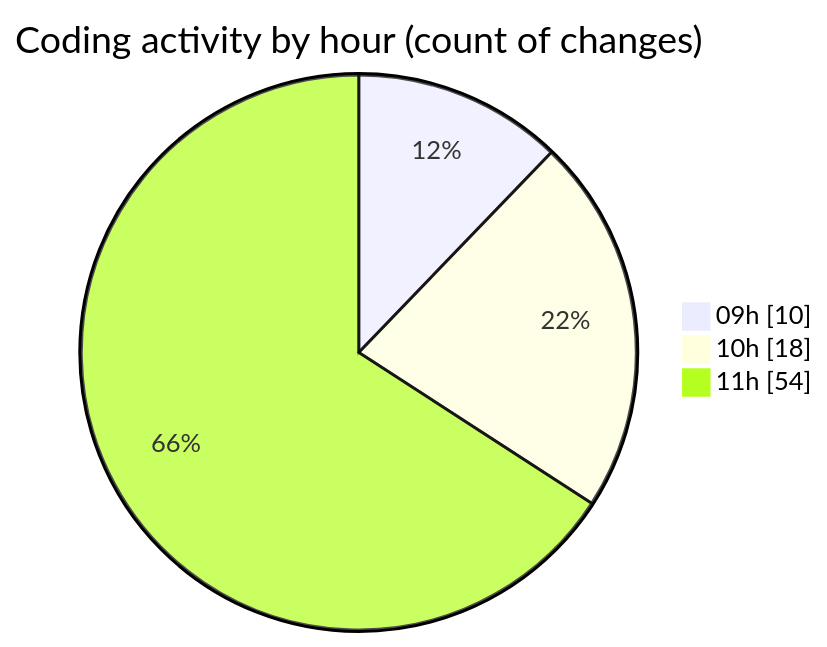
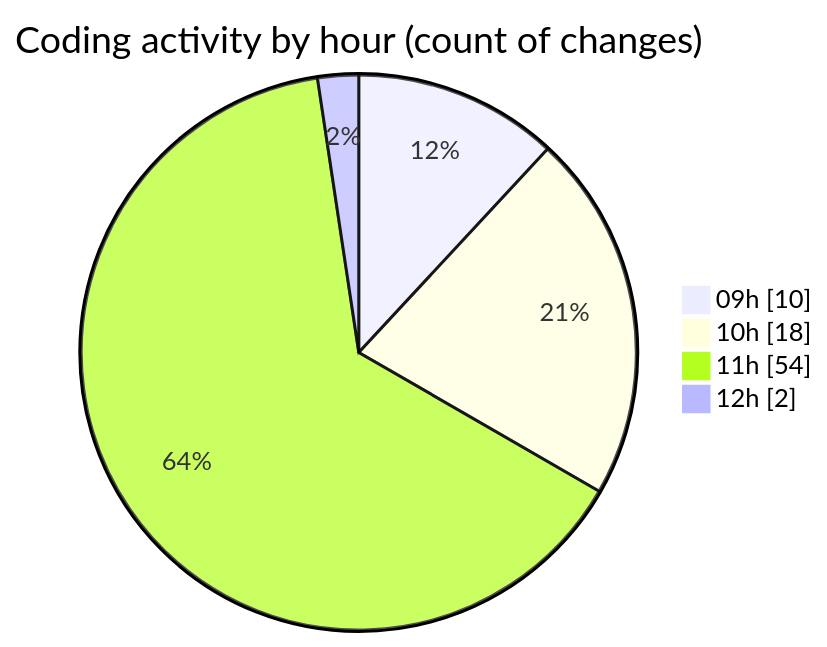
One commit to CELIANVF/code-tracking changed the second of 2 diagrams in 2025-05-09/ecodeli/README.md. Above: the diagram before and after it, drawn with Mermaid. The commit also changed other lines of this file and 1 other file, not shown here.

````diff
--- a/2025-05-09/ecodeli/README.md
+++ b/2025-05-09/ecodeli/README.md
@@ -46,7 +47,8 @@
 ```mermaid
 pie showData
 title Coding activity by hour (count of changes)
 "09h" : 10
 "10h" : 18
 "11h" : 54
+"12h" : 2
 ```
````
